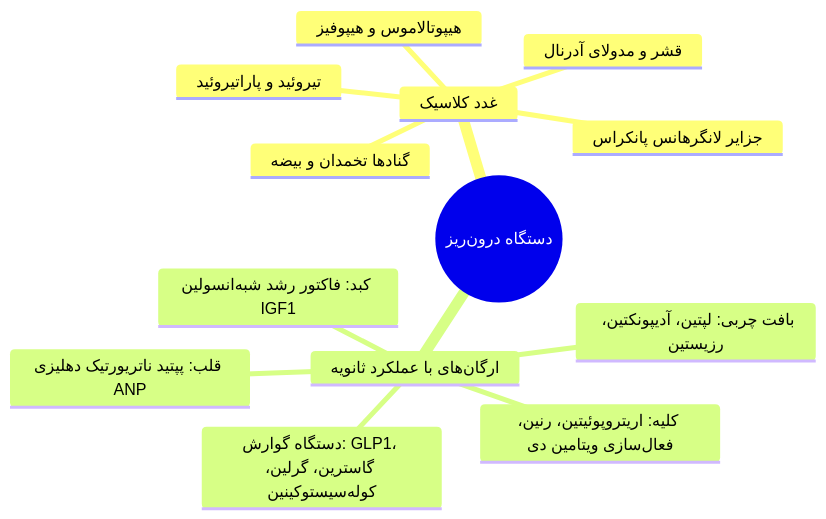
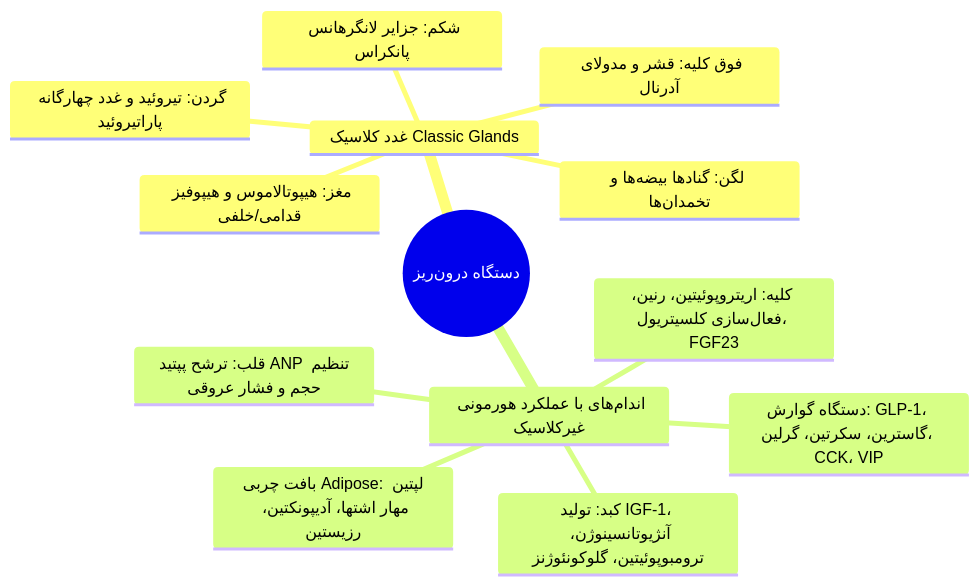
Before and after one commit to neopulse-hub/TUMS-1402-1-neo: the first of 8 diagrams in 07/مبانی غدد/کلیات.md, drawn with Mermaid. The commit also changed other lines of this file, not shown here.

````diff
--- a/07/مبانی غدد/کلیات.md
+++ b/07/مبانی غدد/کلیات.md
@@ -14,16 +23,16 @@
 ```mermaid
 mindmap
   root((دستگاه درون‌ریز))
-    غدد کلاسیک
-      هیپوتالاموس و هیپوفیز
-      تیروئید و پاراتیروئید
-      قشر و مدولای آدرنال
-      جزایر لانگرهانس پانکراس
-      گنادها تخمدان و بیضه
-    ارگان‌های با عملکرد ثانویه
-      بافت چربی: لپتین، آدیپونکتین، رزیستین
-      قلب: پپتید ناتریورتیک دهلیزی ANP
-      کلیه: اریتروپوئیتین، رنین، فعال‌‌سازی ویتامین دی
-      دستگاه گوارش: GLP1، گاسترین، گرلین، کوله‌سیستوکینین
-      کبد: فاکتور رشد شبه‌انسولین IGF1
+    غدد کلاسیک Classic Glands
+      مغز: هیپوتالاموس و هیپوفیز قدامی/خلفی
+      گردن: تیروئید و غدد چهارگانه پاراتیروئید
+      شکم: جزایر لانگرهانس پانکراس
+      فوق کلیه: قشر و مدولای آدرنال
+      لگن: گنادها بیضه‌ها و تخمدان‌ها
+    اندام‌های با عملکرد هورمونی غیرکلاسیک
+      قلب: ترشح پپتید ANP تنظیم حجم و فشار عروقی
+      بافت چربی Adipose: لپتین مهار اشتها، آدیپونکتین، رزیستین
+      کلیه: اریتروپوئیتین، رنین، فعال‌سازی کلسیتریول، FGF23
+      کبد: تولید IGF-1، آنژیوتانسینوژن، ترومبوپوئیتین، گلوکونئوژنز
+      دستگاه گوارش: GLP-1، گاسترین، سکرتین، گرلین، CCK، VIP
 ```
````
